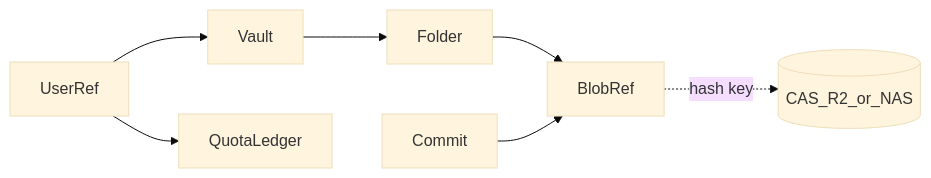
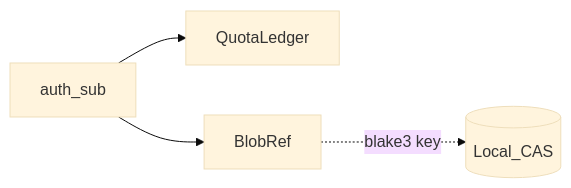
The diagram in .workspace/0_doc/architecture/assets-server.md (FRICK-ELDY/alchemy), drawn with Mermaid (base theme) before and after one commit. The commit also changed other lines of this file and 46 other files, not shown here.

Commit message:
Slice C-A: assets-server 最小（API + CAS + Quota）

````diff
--- a/.workspace/0_doc/architecture/assets-server.md
+++ b/.workspace/0_doc/architecture/assets-server.md
@@ -39,9 +46,6 @@
 ```mermaid
 flowchart LR
-  UserRef --> Vault
-  Vault --> Folder
-  Folder --> BlobRef
-  Commit --> BlobRef
-  UserRef --> QuotaLedger
-  BlobRef -.->|"hash key"| CAS[(CAS_R2_or_NAS)]
+  UserRef[auth_sub] --> QuotaLedger
+  UserRef --> BlobRef
+  BlobRef -.->|"blake3 key"| CAS[(Local_CAS)]
 ```
````
